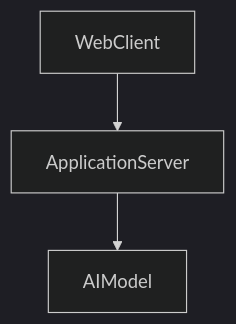
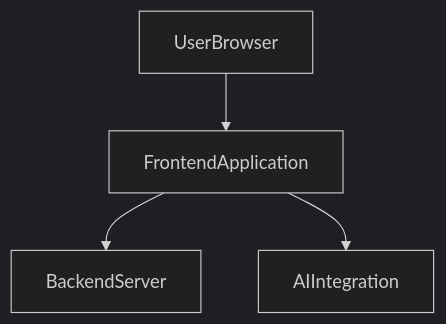
Before and after one commit to yogithasivakumar/FocusZen: the first of 2 diagrams in README.md, drawn with Mermaid (dark theme). The commit also changed other lines of this file, not shown here.

````diff
--- a/README.md
+++ b/README.md
@@ -11,5 +7,6 @@
 ```mermaid
 flowchart TD
-    WebClient --> ApplicationServer
-    ApplicationServer --> AIModel
+    UserBrowser --> FrontendApplication
+    FrontendApplication --> BackendServer
+    FrontendApplication --> AIIntegration
 ```
````
